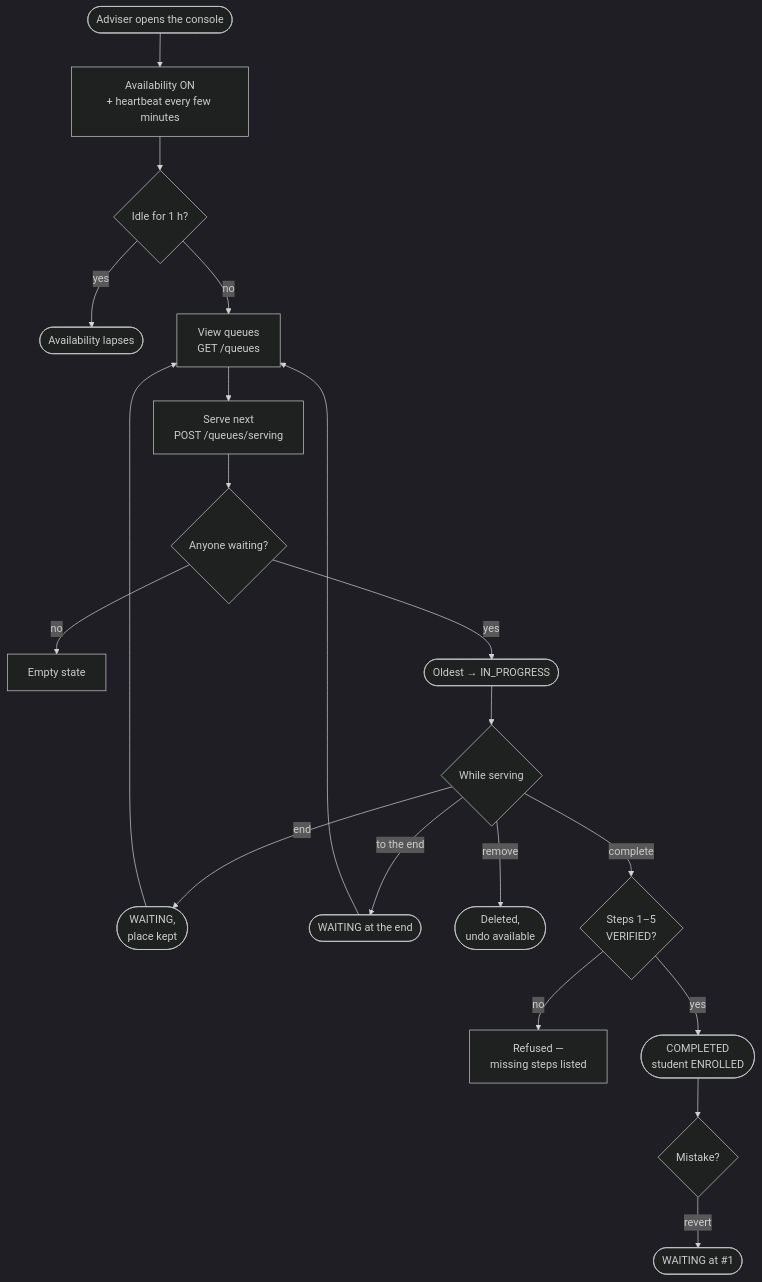
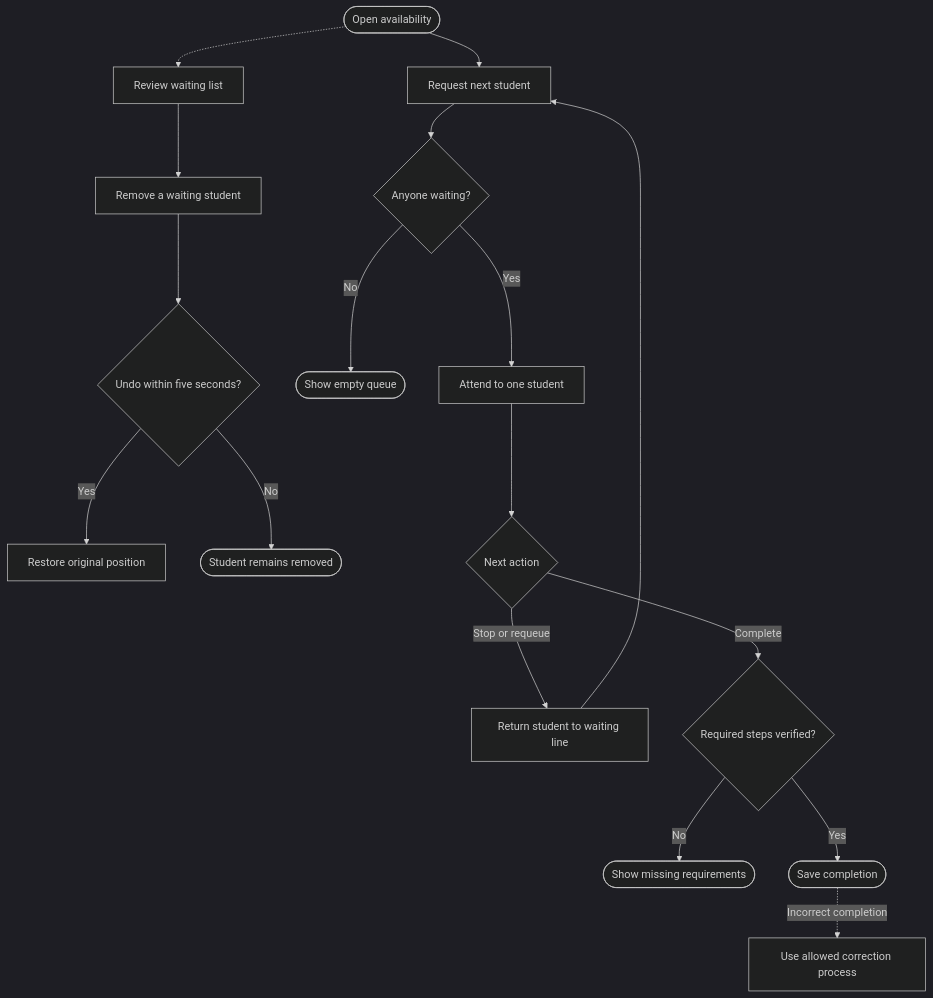
The fourth of 9 diagrams in docs/paper/FINAL_PAPER.md (Drakaniia/erpsys), drawn with Mermaid (dark theme) before and after one commit. The commit also changed other lines of this file and 41 other files, not shown here.

````diff
--- a/docs/paper/FINAL_PAPER.md
+++ b/docs/paper/FINAL_PAPER.md
@@ -748,22 +602,19 @@
 ```mermaid
 flowchart TD
-  A(["Adviser opens the console"]) --> OPEN["Availability ON<br/>+ heartbeat every few minutes"]
-  OPEN --> IDLE{"Idle for 1 h?"}
-  IDLE -->|"yes"| AUTOCLOSE(["Availability lapses"])
-  IDLE -->|"no"| LIST["View queues<br/>GET /queues"]
-  LIST --> SERVE["Serve next<br/>POST /queues/serving"]
-  SERVE --> ANY{"Anyone waiting?"}
-  ANY -->|"no"| EMPTY["Empty state"]
-  ANY -->|"yes"| SERVING(["Oldest → IN_PROGRESS"])
-  SERVING --> ACT{"While serving"}
-  ACT -->|"end"| BACK(["WAITING,<br/>place kept"])
-  ACT -->|"to the end"| TAIL(["WAITING at the end"])
-  ACT -->|"remove"| RM(["Deleted,<br/>undo available"])
-  ACT -->|"complete"| COMP{"Steps 1–5<br/>VERIFIED?"}
-  COMP -->|"no"| NOCOMP["Refused —<br/>missing steps listed"]
-  COMP -->|"yes"| DONE(["COMPLETED<br/>student ENROLLED"])
-  DONE --> REV{"Mistake?"}
-  REV -->|"revert"| UNDO(["WAITING at #1"])
-  BACK --> LIST
-  TAIL --> LIST
+  OPEN(["Open availability"]) --> NEXT["Request next student"]
+  OPEN -.-> LIST["Review waiting list"]
+  LIST --> REMOVE["Remove a waiting student"]
+  REMOVE --> UNDO{"Undo within five seconds?"}
+  UNDO -->|"Yes"| RESTORE["Restore original position"]
+  UNDO -->|"No"| REMOVED(["Student remains removed"])
+  NEXT --> WAITING{"Anyone waiting?"}
+  WAITING -->|"No"| EMPTY(["Show empty queue"])
+  WAITING -->|"Yes"| SERVE["Attend to one student"]
+  SERVE --> DECISION{"Next action"}
+  DECISION -->|"Stop or requeue"| BACK["Return student to waiting line"]
+  BACK --> NEXT
+  DECISION -->|"Complete"| CHECK{"Required steps verified?"}
+  CHECK -->|"No"| EXPLAIN(["Show missing requirements"])
+  CHECK -->|"Yes"| COMPLETE(["Save completion"])
+  COMPLETE -.->|"Incorrect completion"| CORRECT["Use allowed correction process"]
 ```
````
